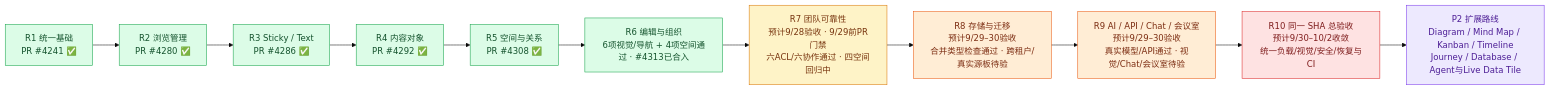
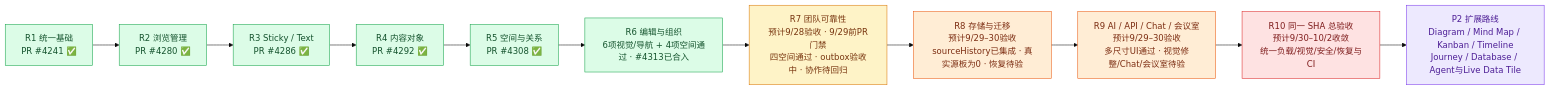
One commit to boardx/workspacex changed the first of 4 diagrams in phases/phase-19-board-visual-workspace/design-deltas/2026-09-26-unified-board-plan.md. Above: the diagram before and after it, drawn with Mermaid (base theme). The commit also changed other lines of this file, not shown here.

Commit message:
docs(board): refresh Mermaid with verified spatial and UI results

````diff
--- a/phases/phase-19-board-visual-workspace/design-deltas/2026-09-26-unified-board-plan.md
+++ b/phases/phase-19-board-visual-workspace/design-deltas/2026-09-26-unified-board-plan.md
@@ -25,20 +25,20 @@
 ```mermaid
 flowchart LR
   R1["R1 统一基础<br/>PR #4241 ✅"]:::merged --> R2["R2 浏览管理<br/>PR #4280 ✅"]:::merged
   R2 --> R3["R3 Sticky / Text<br/>PR #4286 ✅"]:::merged
   R3 --> R4["R4 内容对象<br/>PR #4292 ✅"]:::merged
   R4 --> R5["R5 空间与关系<br/>PR #4308 ✅"]:::merged
   R5 --> R6["R6 编辑与组织<br/>6项视觉/导航 + 4项空间通过 · #4313已合入"]:::merged
-  R6 --> R7["R7 团队可靠性<br/>预计9/28验收 · 9/29前PR门禁<br/>六ACL/六协作通过 · 四空间回归中"]:::accepting
-  R7 --> R8["R8 存储与迁移<br/>预计9/29–30验收<br/>合并类型检查通过 · 跨租户/真实源板待验"]:::working
-  R8 --> R9["R9 AI / API / Chat / 会议室<br/>预计9/29–30验收<br/>真实模型/API通过 · 视觉/Chat/会议室待验"]:::working
+  R6 --> R7["R7 团队可靠性<br/>预计9/28验收 · 9/29前PR门禁<br/>四空间通过 · outbox验收中 · 协作待回归"]:::accepting
+  R7 --> R8["R8 存储与迁移<br/>预计9/29–30验收<br/>sourceHistory已集成 · 真实源板为0 · 恢复待验"]:::working
+  R8 --> R9["R9 AI / API / Chat / 会议室<br/>预计9/29–30验收<br/>多尺寸UI通过 · 视觉修整/Chat/会议室待验"]:::working
   R9 --> R10["R10 同一 SHA 总验收<br/>预计9/30–10/2收敛<br/>统一负载/视觉/安全/恢复与CI"]:::blocked
   R10 --> P2["P2 扩展路线<br/>Diagram / Mind Map / Kanban / Timeline<br/>Journey / Database / Agent与Live Data Tile"]:::future
   classDef merged fill:#dcfce7,stroke:#16a34a,color:#14532d
   classDef accepting fill:#fef3c7,stroke:#d97706,color:#78350f
   classDef ready fill:#dbeafe,stroke:#2563eb,color:#1e3a8a
   classDef working fill:#ffedd5,stroke:#ea580c,color:#7c2d12
   classDef blocked fill:#fee2e2,stroke:#dc2626,color:#7f1d1d
   classDef todo fill:#f1f5f9,stroke:#64748b,color:#334155
   classDef future fill:#ede9fe,stroke:#7c3aed,color:#4c1d95
 ```
````
